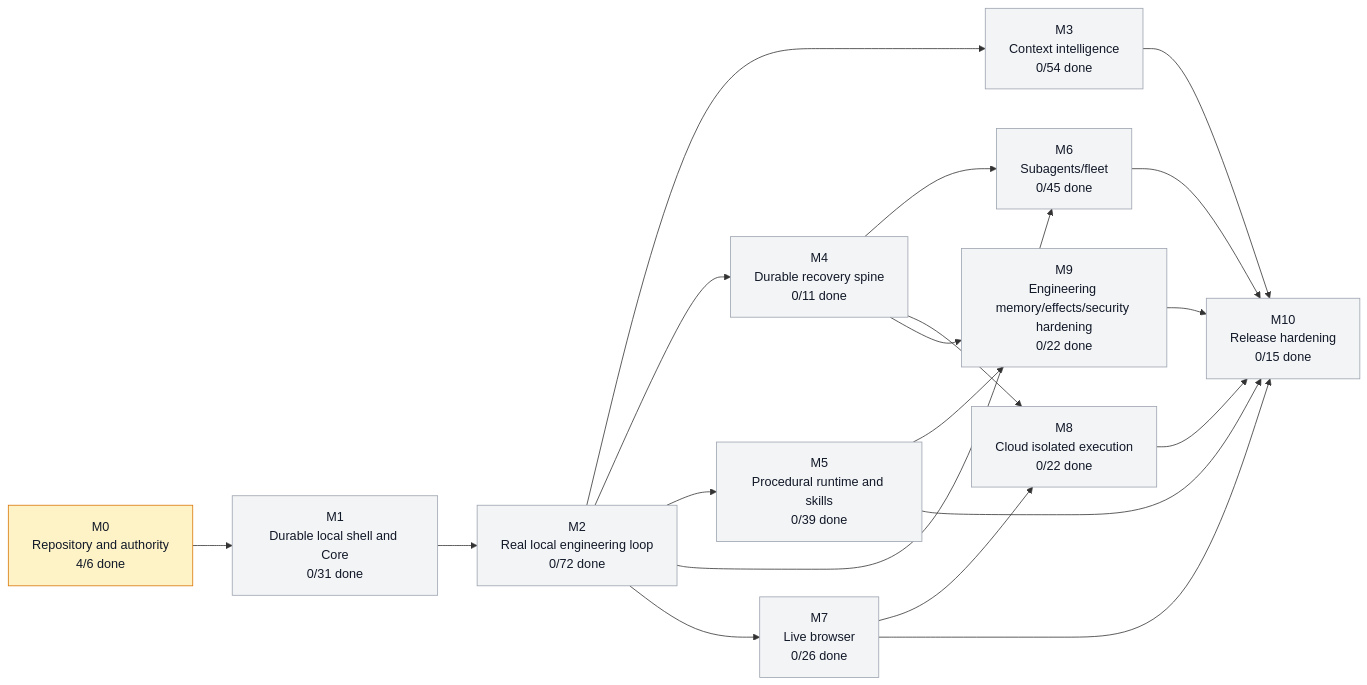
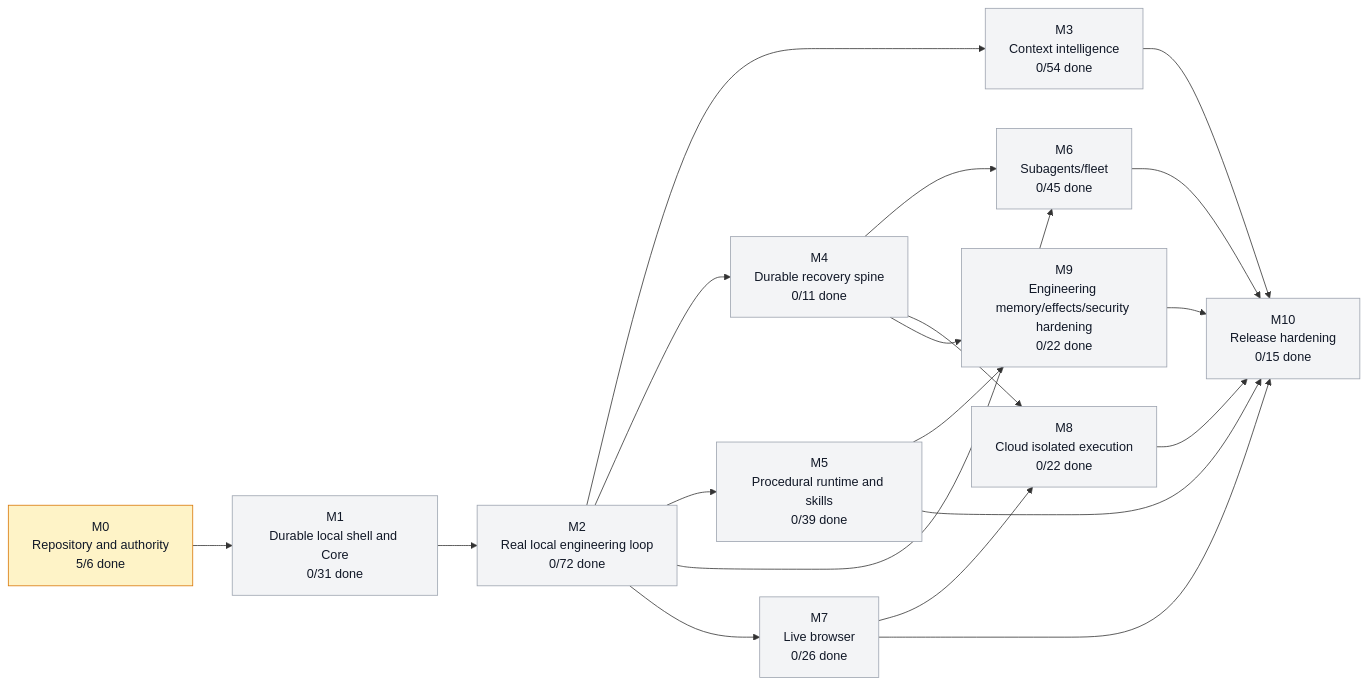
One commit to moss101/zmodbit changed the first of 3 diagrams in graph/PROJECT_GRAPH.md. Above: the diagram before and after it, drawn with Mermaid. The commit also changed other lines of this file and 3 other files, not shown here.

````diff
--- a/graph/PROJECT_GRAPH.md
+++ b/graph/PROJECT_GRAPH.md
@@ -43,43 +43,43 @@
 ```mermaid
 flowchart LR
-  M0["M0<br/>Repository and authority<br/>4/6 done"]
+  M0["M0<br/>Repository and authority<br/>5/6 done"]
   M1["M1<br/>Durable local shell and Core<br/>0/31 done"]
   M2["M2<br/>Real local engineering loop<br/>0/72 done"]
   M3["M3<br/>Context intelligence<br/>0/54 done"]
   M4["M4<br/>Durable recovery spine<br/>0/11 done"]
   M5["M5<br/>Procedural runtime and skills<br/>0/39 done"]
   M6["M6<br/>Subagents/fleet<br/>0/45 done"]
   M7["M7<br/>Live browser<br/>0/26 done"]
   M8["M8<br/>Cloud isolated execution<br/>0/22 done"]
   M9["M9<br/>Engineering memory/effects/security hardening<br/>0/22 done"]
   M10["M10<br/>Release hardening<br/>0/15 done"]
   M0 --> M1
   M1 --> M2
   M2 --> M3
   M2 --> M4
   M2 --> M5
   M2 --> M6
   M4 --> M6
   M2 --> M7
   M4 --> M8
   M7 --> M8
   M4 --> M9
   M5 --> M9
   M3 --> M10
   M5 --> M10
   M6 --> M10
   M7 --> M10
   M8 --> M10
   M9 --> M10
   style M0 fill:#fef3c7,stroke:#d97706,color:#111827
   style M1 fill:#f3f4f6,stroke:#9ca3af,color:#111827
   style M2 fill:#f3f4f6,stroke:#9ca3af,color:#111827
   style M3 fill:#f3f4f6,stroke:#9ca3af,color:#111827
   style M4 fill:#f3f4f6,stroke:#9ca3af,color:#111827
   style M5 fill:#f3f4f6,stroke:#9ca3af,color:#111827
   style M6 fill:#f3f4f6,stroke:#9ca3af,color:#111827
   style M7 fill:#f3f4f6,stroke:#9ca3af,color:#111827
   style M8 fill:#f3f4f6,stroke:#9ca3af,color:#111827
   style M9 fill:#f3f4f6,stroke:#9ca3af,color:#111827
   style M10 fill:#f3f4f6,stroke:#9ca3af,color:#111827
 ```
````
